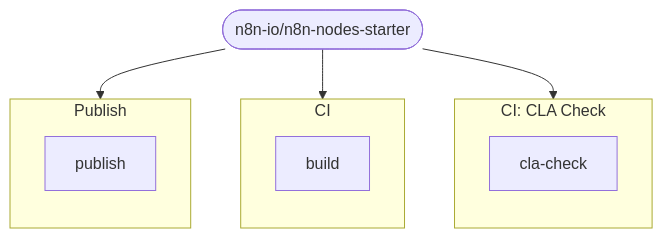
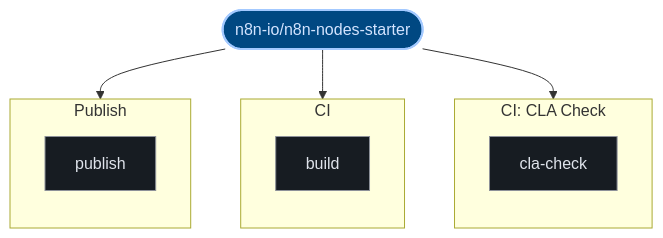
The third of 3 diagrams in exports/latest/reports/n8n-io-n8n-nodes-starter-report.md (kumarshaz/atruss-code-atlas), drawn with Mermaid before and after one commit. The commit also changed other lines of this file and 331 other files, not shown here.

Commit message:
docs,ui,fix: update SDLC docs, reorder CI/CD DAG first, stylize Mermaid, and fix Arc42 pipeline topology

````diff
--- a/exports/latest/reports/n8n-io-n8n-nodes-starter-report.md
+++ b/exports/latest/reports/n8n-io-n8n-nodes-starter-report.md
@@ -129,19 +140,26 @@
 ```mermaid
 graph TD;
-  pipeline_root(["n8n-io/n8n-nodes-starter"])
+  classDef atlasRoot fill:#004882,stroke:#a3c9ff,stroke-width:2px,color:#d3e4ff
+  classDef atlasCategory fill:#212428,stroke:#E87A48,stroke-width:1.5px,color:#dfe3eb
+  classDef atlasWorkflow fill:#1b2026,stroke:#a3c9ff,stroke-width:1.5px,color:#dfe3eb
+  classDef atlasJob fill:#171c22,stroke:#8d9199,stroke-width:1px,color:#dfe3eb
+  classDef atlasTarget fill:#005227,stroke:#8bd99b,stroke-width:1.5px,color:#a7f6b6
+  classDef atlasAlert fill:#93000a,stroke:#ffb4ab,stroke-width:1.5px,color:#ffdad6
+  classDef atlasMore fill:#252a31,stroke:#8d9199,stroke-dasharray:4 4,color:#c3c6cf
+  pipeline_root(["n8n-io/n8n-nodes-starter"]):::atlasRoot
   subgraph CI__CLA_Check_0["CI: CLA Check"]
     direction TB
-    0_cla_check["cla-check"]
+    0_cla_check["cla-check"]:::atlasJob
   end
   pipeline_root --> 0_cla_check
   subgraph CI_1["CI"]
     direction TB
-    1_build["build"]
+    1_build["build"]:::atlasJob
   end
   pipeline_root --> 1_build
   subgraph Publish_2["Publish"]
     direction TB
-    2_publish["publish"]
+    2_publish["publish"]:::atlasJob
   end
   pipeline_root --> 2_publish
 ```
````
